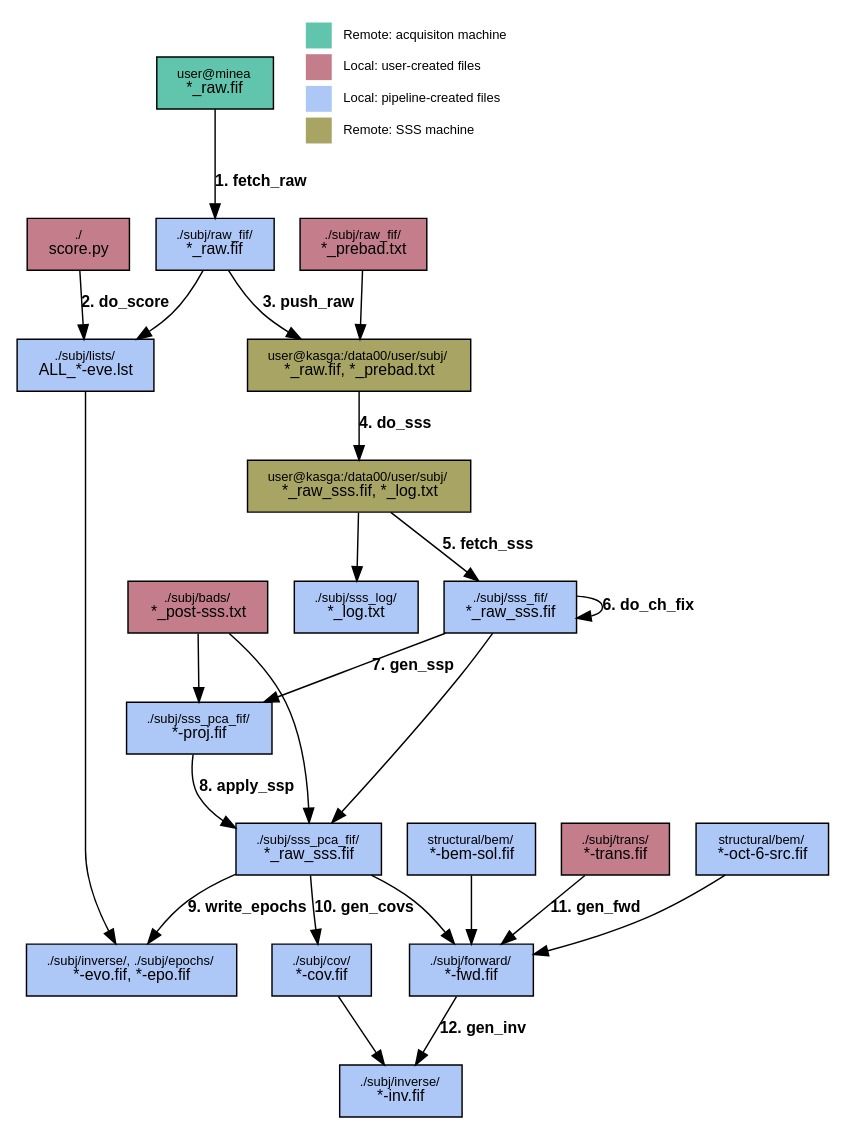
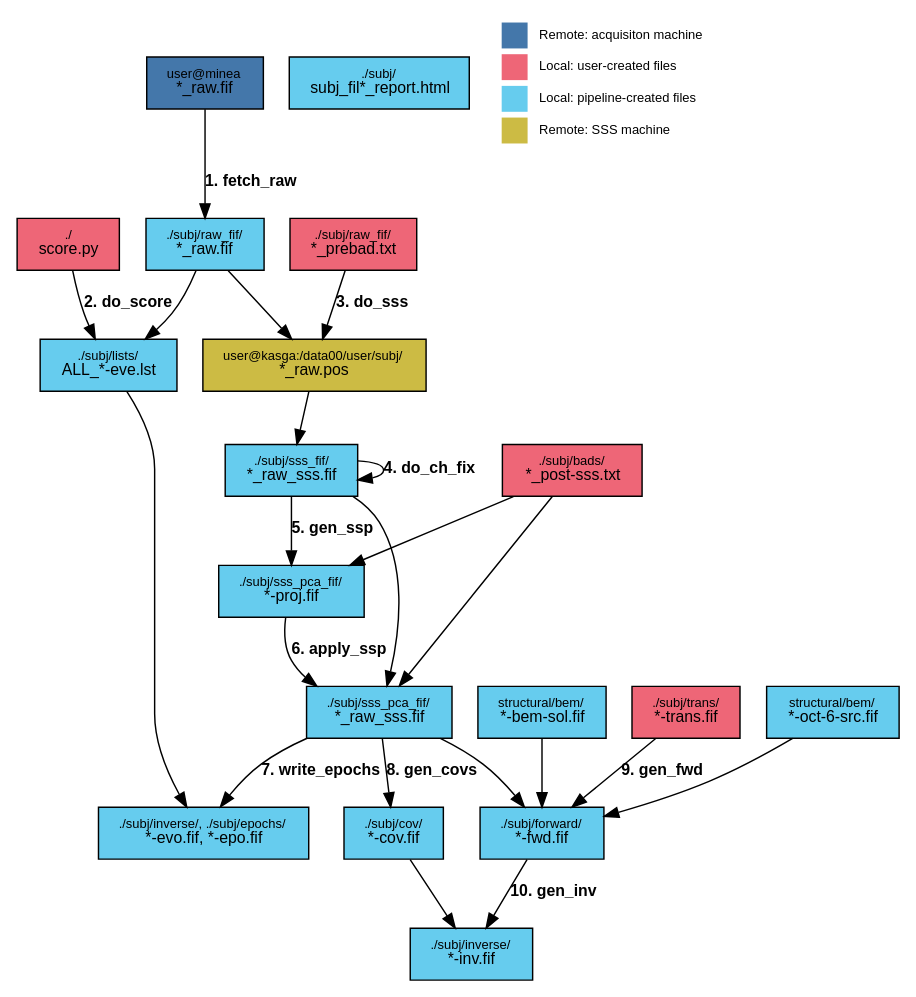
The diagram in mnefun/_static/flow.dot (LABSN/labsn.github.io), drawn with Graphviz before and after one commit. The commit also changed 20 other files, not shown here.

```diff
--- a/mnefun/_static/flow.dot
+++ b/mnefun/_static/flow.dot
@@ -1,5 +1,7 @@
 strict digraph "mnefun flow diagram" {
-	graph [bb="0,0,563.5,764"];
+	graph [bb="0,0,564.5,669",
+		bgcolor="#00000000"
+	];
 	node [fontname=Arial,
 		fontsize=9,
 		label="\N",
@@ -9,213 +11,228 @@
 	edge [fontname=Arial,
 		fontsize=9
 	];
-	sco	 [fillcolor="#C37D8B",
+	sco	 [fillcolor="#EE6677",
 		fontcolor="#000000",
 		height=0.5,
 		label=<<FONT POINT-SIZE="9">./</FONT><BR/><FONT POINT-SIZE="11">score.py</FONT>>,
-		pos="42.5,606",
+		pos="44.5,511",
 		style=filled,
 		width=0.98611];
-	lst	 [fillcolor="#ADC7F7",
+	lst	 [fillcolor="#66CCEE",
 		fontcolor="#000000",
 		height=0.5,
 		label=<<FONT POINT-SIZE="9">./subj/lists/</FONT><BR/><FONT POINT-SIZE="11">ALL_*-eve.lst</FONT>>,
-		pos="47.5,522",
+		pos="47.5,427",
 		style=filled,
 		width=1.3194];
-	sco -> lst	 [fontsize=11,
+	sco -> lst	 [URL="../overview.html#do-score",
+		fontsize=11,
 		label=<<B>2. do_score</B>>,
-		lp="75,564",
-		pos="e,46.417,540.19 43.585,587.77 44.234,576.88 45.072,562.79 45.806,550.46"];
-	evo	 [fillcolor="#ADC7F7",
+		labeltooltip="2. do_score",
+		lp="76,469",
+		pos="e,46.85,445.19 45.151,492.77 45.54,481.88 46.043,467.79 46.484,455.46",
+		target=_top];
+	evo	 [fillcolor="#66CCEE",
 		fontcolor="#000000",
 		height=0.5,
 		label=<<FONT POINT-SIZE="9">./subj/inverse/, ./subj/epochs/</FONT><BR/><FONT POINT-SIZE="11">*-evo.fif, *-epo.fif</FONT>>,
-		pos="79.5,102",
+		pos="81.5,102",
 		style=filled,
 		width=2.0278];
 	lst -> evo	 [fontsize=11,
-		pos="e,68.128,120.26 47.5,503.98 47.5,486.97 47.5,460.75 47.5,438 47.5,438 47.5,438 47.5,186 47.5,166.23 55.339,145.45 63.257,129.51"];
-	bem	 [fillcolor="#ADC7F7",
+		pos="e,69.417,120.16 47.5,408.7 47.5,393.93 47.5,372.63 47.5,354 47.5,354 47.5,354 47.5,186 47.5,165.88 55.987,144.9 64.48,128.93"];
+	bem	 [fillcolor="#66CCEE",
 		fontcolor="#000000",
 		height=0.5,
 		label=<<FONT POINT-SIZE="9">structural/bem/</FONT><BR/><FONT POINT-SIZE="11">*-bem-sol.fif</FONT>>,
-		pos="315.5,186",
+		pos="316.5,186",
 		style=filled,
 		width=1.2361];
-	fwd	 [fillcolor="#ADC7F7",
+	fwd	 [fillcolor="#66CCEE",
 		fontcolor="#000000",
 		height=0.5,
 		label=<<FONT POINT-SIZE="9">./subj/forward/</FONT><BR/><FONT POINT-SIZE="11">*-fwd.fif</FONT>>,
-		pos="315.5,102",
+		pos="316.5,102",
 		style=filled,
 		width=1.1944];
 	bem -> fwd	 [fontsize=11,
-		pos="e,315.5,120.19 315.5,167.77 315.5,156.88 315.5,142.79 315.5,130.46"];
-	inv	 [fillcolor="#ADC7F7",
+		pos="e,316.5,120.19 316.5,167.77 316.5,156.88 316.5,142.79 316.5,130.46"];
+	inv	 [fillcolor="#66CCEE",
 		fontcolor="#000000",
 		height=0.5,
 		label=<<FONT POINT-SIZE="9">./subj/inverse/</FONT><BR/><FONT POINT-SIZE="11">*-inv.fif</FONT>>,
-		pos="266.5,18",
+		pos="267.5,18",
 		style=filled,
 		width=1.1806];
-	fwd -> inv	 [fontsize=11,
-		label=<<B>12. gen_inv</B>>,
-		lp="323.5,60",
-		pos="e,277.11,36.191 304.87,83.773 298.25,72.436 289.63,57.652 282.23,44.972"];
-	pbd	 [fillcolor="#C37D8B",
+	fwd -> inv	 [URL="../overview.html#gen-inv",
+		fontsize=11,
+		label=<<B>10. gen_inv</B>>,
+		labeltooltip="10. gen_inv",
+		lp="324.5,60",
+		pos="e,278.11,36.191 305.87,83.773 299.25,72.436 290.63,57.652 283.23,44.972",
+		target=_top];
+	pbd	 [fillcolor="#EE6677",
 		fontcolor="#000000",
 		height=0.5,
 		label=<<FONT POINT-SIZE="9">./subj/raw_fif/</FONT><BR/><FONT POINT-SIZE="11">*_prebad.txt</FONT>>,
-		pos="240.5,606",
+		pos="242.5,511",
 		style=filled,
 		width=1.2222];
-	mfr	 [fillcolor="#A8A564",
+	mfp	 [fillcolor="#CCBB44",
 		fontcolor="#000000",
 		height=0.5,
-		label=<<FONT POINT-SIZE="9">user@kasga:/data00/user/subj/</FONT><BR/><FONT POINT-SIZE="11">*_raw.fif, *_prebad.txt</FONT>>,
-		pos="237.5,522",
+		label=<<FONT POINT-SIZE="9">user@kasga:/data00/user/subj/</FONT><BR/><FONT POINT-SIZE="11">*_raw.pos</FONT>>,
+		pos="242.5,427",
 		style=filled,
 		width=2.1528];
-	pbd -> mfr	 [fontsize=11,
-		pos="e,238.15,540.19 239.85,587.77 239.46,576.88 238.96,562.79 238.52,550.46"];
-	mfs	 [fillcolor="#A8A564",
-		fontcolor="#000000",
-		height=0.5,
-		label=<<FONT POINT-SIZE="9">user@kasga:/data00/user/subj/</FONT><BR/><FONT POINT-SIZE="11">*_raw_sss.fif, *_log.txt</FONT>>,
-		pos="237.5,438",
-		style=filled,
-		width=2.1528];
-	mfr -> mfs	 [fontsize=11,
-		label=<<B>4. do_sss</B>>,
-		lp="262.5,480",
-		pos="e,237.5,456.19 237.5,503.77 237.5,492.88 237.5,478.79 237.5,466.46"];
-	sss	 [fillcolor="#ADC7F7",
+	pbd -> mfp	 [URL="../overview.html#do-sss",
+		fontsize=11,
+		label=<<B>3. do_sss</B>>,
+		labeltooltip="3. do_sss",
+		lp="267.5,469",
+		pos="e,242.5,445.19 242.5,492.77 242.5,481.88 242.5,467.79 242.5,455.46",
+		target=_top];
+	sss	 [fillcolor="#66CCEE",
 		fontcolor="#000000",
 		height=0.5,
 		label=<<FONT POINT-SIZE="9">./subj/sss_fif/</FONT><BR/><FONT POINT-SIZE="11">*_raw_sss.fif</FONT>>,
-		pos="342.5,354",
+		pos="242.5,354",
 		style=filled,
 		width=1.2778];
-	mfs -> sss	 [fontsize=11,
-		label=<<B>5. fetch_sss</B>>,
-		lp="327,396",
-		pos="e,319.65,372.28 260.03,419.98 275.15,407.88 295.26,391.79 311.83,378.53"];
-	ssl	 [fillcolor="#ADC7F7",
-		fontcolor="#000000",
-		height=0.5,
-		label=<<FONT POINT-SIZE="9">./subj/sss_log/</FONT><BR/><FONT POINT-SIZE="11">*_log.txt</FONT>>,
-		pos="235.5,354",
-		style=filled,
-		width=1.1944];
-	mfs -> ssl	 [fontsize=11,
-		pos="e,235.93,372.19 237.07,419.77 236.81,408.88 236.47,394.79 236.18,382.46"];
-	bad	 [fillcolor="#C37D8B",
-		fontcolor="#000000",
-		height=0.5,
-		label=<<FONT POINT-SIZE="9">./subj/bads/</FONT><BR/><FONT POINT-SIZE="11">*_post-sss.txt</FONT>>,
-		pos="125.5,354",
-		style=filled,
-		width=1.3472];
-	pca	 [fillcolor="#ADC7F7",
+	mfp -> sss	 [fontsize=11,
+		pos="e,242.5,372.09 242.5,408.96 242.5,400.88 242.5,391.18 242.5,382.18"];
+	sss -> sss	 [URL="../overview.html#do-ch-fix",
+		fontsize=11,
+		label=<<B>4. do_ch_fix</B>>,
+		labeltooltip="4. do_ch_fix",
+		lp="338.5,354",
+		pos="e,288.52,347.41 288.52,360.59 298.91,359.99 306.5,357.8 306.5,354 306.5,351.63 303.53,349.88 298.77,348.76",
+		target=_top];
+	pca	 [fillcolor="#66CCEE",
 		fontcolor="#000000",
 		height=0.5,
 		label=<<FONT POINT-SIZE="9">./subj/sss_pca_fif/</FONT><BR/><FONT POINT-SIZE="11">*_raw_sss.fif</FONT>>,
-		pos="202.5,186",
+		pos="203.5,186",
 		style=filled,
 		width=1.4028];
-	bad -> pca	 [fontsize=11,
-		pos="e,202.78,204.26 147.95,335.87 161.35,323.76 177.46,306.68 186.5,288 197.72,264.81 201.39,235.51 202.44,214.27"];
-	pro	 [fillcolor="#ADC7F7",
+	sss -> pca	 [fontsize=11,
+		pos="e,213.36,204.02 249.1,335.77 251.54,326.81 253.31,315.84 251.5,306 245.36,272.64 229.73,236.83 217.97,213.1"];
+	pro	 [fillcolor="#66CCEE",
 		fontcolor="#000000",
 		height=0.5,
 		label=<<FONT POINT-SIZE="9">./subj/sss_pca_fif/</FONT><BR/><FONT POINT-SIZE="11">*-proj.fif</FONT>>,
 		pos="126.5,270",
 		style=filled,
 		width=1.4028];
+	sss -> pro	 [URL="../overview.html#gen-ssp",
+		fontsize=11,
+		label=<<B>5. gen_ssp</B>>,
+		labeltooltip="5. gen_ssp",
+		lp="219,312",
+		pos="e,151.74,288.28 217.62,335.98 200.76,323.77 178.29,307.5 159.88,294.17",
+		target=_top];
+	bad	 [fillcolor="#EE6677",
+		fontcolor="#000000",
+		height=0.5,
+		label=<<FONT POINT-SIZE="9">./subj/bads/</FONT><BR/><FONT POINT-SIZE="11">*_post-sss.txt</FONT>>,
+		pos="128.5,354",
+		style=filled,
+		width=1.3472];
+	bad -> pca	 [fontsize=11,
+		pos="e,203.44,204.21 149.49,335.9 162.26,323.68 177.74,306.47 186.5,288 197.56,264.69 201.56,235.41 202.94,214.2"];
 	bad -> pro	 [fontsize=11,
-		pos="e,126.28,288.19 125.72,335.77 125.85,324.88 126.01,310.79 126.16,298.46"];
-	pca -> evo	 [fontsize=11,
-		label=<<B>9. write_epochs</B>>,
-		lp="159,144",
-		pos="e,90.703,120.29 151.68,169.36 139.83,164.2 127.7,157.77 117.5,150 109.68,144.04 102.54,136.12 96.625,128.43"];
+		pos="e,126.93,288.19 128.07,335.77 127.81,324.88 127.47,310.79 127.18,298.46"];
+	pca -> evo	 [URL="../overview.html#write-epochs",
+		fontsize=11,
+		label=<<B>7. write_epochs</B>>,
+		labeltooltip="7. write_epochs",
+		lp="162,144",
+		pos="e,93.118,120.24 152.64,168.53 141.48,163.48 130.14,157.31 120.5,150 112.58,144 105.3,136.06 99.214,128.38",
+		target=_top];
 	pca -> fwd	 [fontsize=11,
-		pos="e,303.34,120.02 246.74,167.88 256.68,162.83 266.84,156.82 275.5,150 283.39,143.79 290.8,135.8 297.05,128.12"];
-	cov	 [fillcolor="#ADC7F7",
+		pos="e,303.58,120.45 246.69,167.92 256.62,162.83 266.8,156.8 275.5,150 283.36,143.85 290.82,136 297.16,128.44"];
+	cov	 [fillcolor="#66CCEE",
 		fontcolor="#000000",
 		height=0.5,
 		label=<<FONT POINT-SIZE="9">./subj/cov/</FONT><BR/><FONT POINT-SIZE="11">*-cov.fif</FONT>>,
-		pos="211.5,102",
+		pos="213.5,102",
 		style=filled,
 		width=0.95833];
-	pca -> cov	 [fontsize=11,
-		label=<<B>10. gen_covs</B>>,
-		lp="241,144",
-		pos="e,208.76,120.29 203.78,167.74 204.48,158.77 205.41,147.81 206.5,138 206.78,135.48 207.1,132.86 207.43,130.23"];
-	pro -> pca	 [fontsize=11,
-		label=<<B>8. apply_ssp</B>>,
-		lp="159.5,228",
-		pos="e,151.81,200.26 122.09,251.84 120.8,242.27 120.97,230.73 126.5,222 130.73,215.32 136.57,209.86 143.14,205.39"];
+	pca -> cov	 [URL="../overview.html#gen-covs",
+		fontsize=11,
+		label=<<B>8. gen_covs</B>>,
+		labeltooltip="8. gen_covs",
+		lp="240,144",
+		pos="e,211.33,120.19 205.67,167.77 206.97,156.88 208.64,142.79 210.11,130.46",
+		target=_top];
+	pro -> pca	 [URL="../overview.html#apply-ssp",
+		fontsize=11,
+		label=<<B>6. apply_ssp</B>>,
+		labeltooltip="6. apply_ssp",
+		lp="158.5,228",
+		pos="e,152.71,199.4 121.53,251.82 119.99,242.24 119.93,230.71 125.5,222 130.12,214.78 136.6,208.98 143.87,204.34",
+		target=_top];
 	cov -> inv	 [fontsize=11,
-		pos="e,254.59,36.191 223.43,83.773 230.93,72.325 240.73,57.364 249.08,44.604"];
-	tra	 [fillcolor="#C37D8B",
+		pos="e,255.81,36.191 225.22,83.773 232.58,72.325 242.19,57.364 250.4,44.604"];
+	tra	 [fillcolor="#EE6677",
 		fontcolor="#000000",
 		height=0.5,
 		label=<<FONT POINT-SIZE="9">./subj/trans/</FONT><BR/><FONT POINT-SIZE="11">*-trans.fif</FONT>>,
-		pos="415.5,186",
+		pos="416.5,186",
 		style=filled,
 		width=1.0417];
-	tra -> fwd	 [fontsize=11,
-		label=<<B>11. gen_fwd</B>>,
-		lp="402.5,144",
-		pos="e,337.16,120.19 393.8,167.77 379.52,155.78 360.64,139.92 345,126.78"];
-	acq	 [fillcolor="#61C5AD",
+	tra -> fwd	 [URL="../overview.html#gen-fwd",
+		fontsize=11,
+		label=<<B>9. gen_fwd</B>>,
+		labeltooltip="9. gen_fwd",
+		lp="400.5,144",
+		pos="e,338.16,120.19 394.8,167.77 380.52,155.78 361.64,139.92 346,126.78",
+		target=_top];
+	acq	 [fillcolor="#4477AA",
 		fontcolor="#000000",
 		height=0.5,
 		label=<<FONT POINT-SIZE="9">user@minea</FONT><BR/><FONT POINT-SIZE="11">*_raw.fif</FONT>>,
-		pos="137.5,718",
+		pos="139.5,623",
 		style=filled,
 		width=1.125];
-	raw	 [fillcolor="#ADC7F7",
+	raw	 [fillcolor="#66CCEE",
 		fontcolor="#000000",
 		height=0.5,
 		label=<<FONT POINT-SIZE="9">./subj/raw_fif/</FONT><BR/><FONT POINT-SIZE="11">*_raw.fif</FONT>>,
-		pos="137.5,606",
+		pos="139.5,511",
 		style=filled,
 		width=1.1389];
-	acq -> raw	 [fontsize=11,
+	acq -> raw	 [URL="../overview.html#fetch-raw",
+		fontsize=11,
 		label=<<B>1. fetch_raw</B>>,
-		lp="169.5,648",
-		pos="e,137.5,624.15 137.5,699.51 137.5,681.73 137.5,654.62 137.5,634.16"];
+		labeltooltip="1. fetch_raw",
+		lp="171.5,553",
+		pos="e,139.5,529.15 139.5,604.51 139.5,586.73 139.5,559.62 139.5,539.16",
+		target=_top];
 	raw -> lst	 [fontsize=11,
-		pos="e,84.065,540.19 128.73,587.69 123.5,578.07 116.19,566.54 107.5,558 103.01,553.59 97.872,549.49 92.541,545.75"];
-	raw -> mfr	 [fontsize=11,
-		label=<<B>3. push_raw</B>>,
-		lp="202.5,564",
-		pos="e,196.49,540.04 147.33,587.55 153.13,577.89 161.16,566.37 170.5,558 175.65,553.38 181.5,549.14 187.55,545.33"];
-	sss -> pca	 [fontsize=11,
-		pos="e,219.39,204.27 329.9,335.94 323.4,326.82 315.23,315.67 307.5,306 280.79,272.59 248.06,235.79 226.32,211.86"];
-	sss -> pro	 [fontsize=11,
-		label=<<B>7. gen_ssp</B>>,
-		lp="275,312",
-		pos="e,172.87,288.03 296.43,336.08 263.13,323.13 217.97,305.57 182.58,291.81"];
-	sss -> sss	 [fontsize=11,
-		label=<<B>6. do_ch_fix</B>>,
-		lp="438.5,354",
-		pos="e,388.52,346.32 388.52,361.68 398.91,360.99 406.5,358.43 406.5,354 406.5,351.23 403.53,349.19 398.77,347.88"];
-	src	 [fillcolor="#ADC7F7",
+		pos="e,86.319,445.06 131.21,492.6 126.21,482.96 119.14,471.43 110.5,463 105.89,458.5 100.6,454.35 95.09,450.61"];
+	raw -> mfp	 [fontsize=11,
+		pos="e,220.09,445.28 161.6,492.98 176.29,480.99 195.8,465.09 211.97,451.9"];
+	src	 [fillcolor="#66CCEE",
 		fontcolor="#000000",
 		height=0.5,
 		label=<<FONT POINT-SIZE="9">structural/bem/</FONT><BR/><FONT POINT-SIZE="11">*-oct-6-src.fif</FONT>>,
-		pos="517.5,186",
+		pos="518.5,186",
 		style=filled,
 		width=1.2778];
 	src -> fwd	 [fontsize=11,
-		pos="e,358.6,111.67 491.74,167.98 476.74,158.1 457.15,146.22 438.5,138 416.26,128.19 390.59,120.2 368.48,114.25"];
+		pos="e,359.53,112.84 490.18,167.97 474.01,158.2 453.12,146.44 433.5,138 413.03,129.19 389.71,121.56 369.29,115.62"];
+	htm	 [fillcolor="#66CCEE",
+		fontcolor="#000000",
+		height=0.5,
+		label=<<FONT POINT-SIZE="9">./subj/</FONT><BR/><FONT POINT-SIZE="11">subj_fil*_report.html</FONT>>,
+		pos="260.5,623",
+		style=filled,
+		width=1.7361];
 	legend	 [height=1.2778,
-		label=<<TABLE BORDER="0" CELLBORDER="0" CELLSPACING="4" CELLPADDING="4"><TR><TD BGCOLOR="#61C5AD">    </TD><TD ALIGN="left">Remote: acquisiton machine</TD></TR><TR><TD BGCOLOR="#C37D8B">    </TD><TD ALIGN="left">Local: user-created files</TD></TR><TR><TD BGCOLOR="#ADC7F7">    </TD><TD ALIGN="left">Local: pipeline-created files</TD></TR><TR><TD BGCOLOR="#A8A564">    </TD><TD ALIGN="left">Remote: SSS machine</TD></TR></TABLE>>,
+		label=<<TABLE BORDER="0" CELLBORDER="0" CELLSPACING="4" CELLPADDING="4"><TR><TD BGCOLOR="#4477AA">    </TD><TD ALIGN="left">Remote: acquisiton machine</TD></TR><TR><TD BGCOLOR="#EE6677">    </TD><TD ALIGN="left">Local: user-created files</TD></TR><TR><TD BGCOLOR="#66CCEE">    </TD><TD ALIGN="left">Local: pipeline-created files</TD></TR><TR><TD BGCOLOR="#CCBB44">    </TD><TD ALIGN="left">Remote: SSS machine</TD></TR></TABLE>>,
 		margin=0,
-		pos="273.5,718",
+		pos="418.5,623",
 		shape=plaintext,
 		width=2.1528];
 }
```
